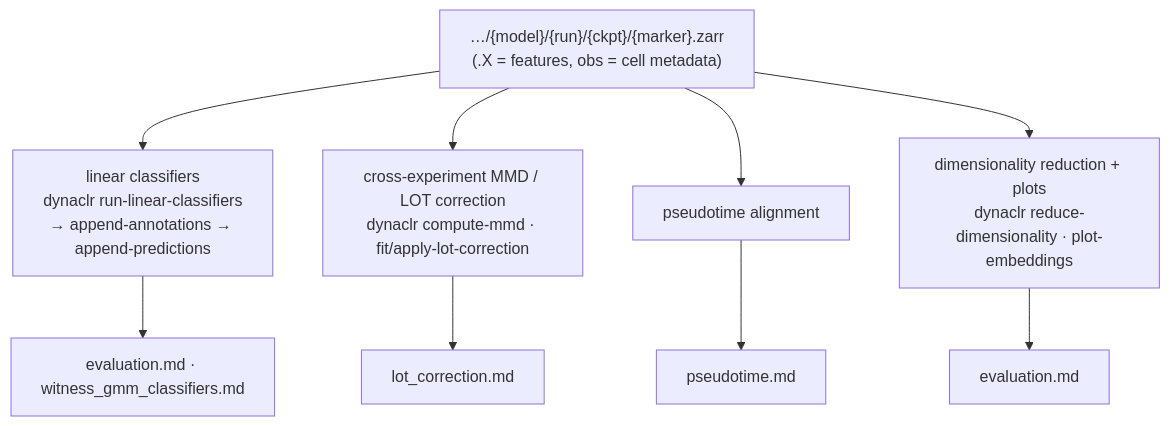
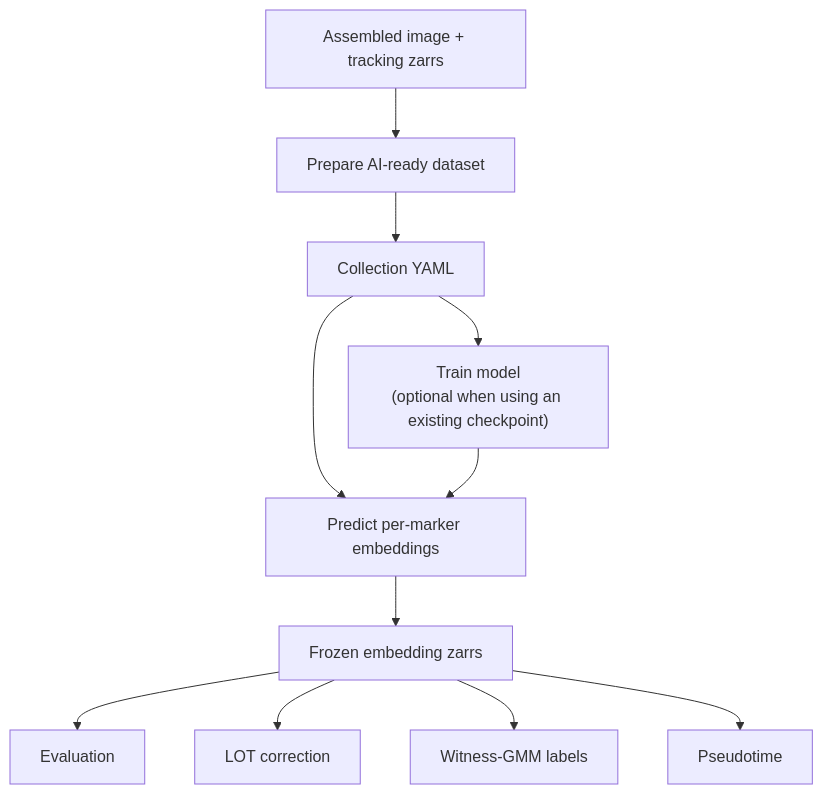
Before and after one commit to mehta-lab/VisCy: the diagram in applications/dynaclr/docs/DAGs/end_to_end.md, drawn with Mermaid. The commit also changed other lines of this file and 8 other files, not shown here.

````diff
--- a/applications/dynaclr/docs/DAGs/end_to_end.md
+++ b/applications/dynaclr/docs/DAGs/end_to_end.md
@@ -107,12 +6,13 @@
 ```mermaid
 flowchart TD
-    E["…/{model}/{run}/{ckpt}/{marker}.zarr<br/>(.X = features, obs = cell metadata)"]
-    E --> LC["linear classifiers<br/>dynaclr run-linear-classifiers<br/>→ append-annotations → append-predictions"]
-    E --> MMD["cross-experiment MMD / LOT correction<br/>dynaclr compute-mmd · fit/apply-lot-correction"]
-    E --> PT["pseudotime alignment"]
-    E --> DR["dimensionality reduction + plots<br/>dynaclr reduce-dimensionality · plot-embeddings"]
-    LC --> LCd["evaluation.md · witness_gmm_classifiers.md"]
-    MMD --> MMDd["lot_correction.md"]
-    PT --> PTd["pseudotime.md"]
-    DR --> DRd["evaluation.md"]
+    A["Assembled image + tracking zarrs"] --> B["Prepare AI-ready dataset"]
+    B --> C["Collection YAML"]
+    C --> D["Train model<br/>(optional when using an existing checkpoint)"]
+    C --> E["Predict per-marker embeddings"]
+    D --> E
+    E --> F["Frozen embedding zarrs"]
+    F --> G["Evaluation"]
+    F --> H["LOT correction"]
+    F --> I["Witness-GMM labels"]
+    F --> J["Pseudotime"]
 ```
````
